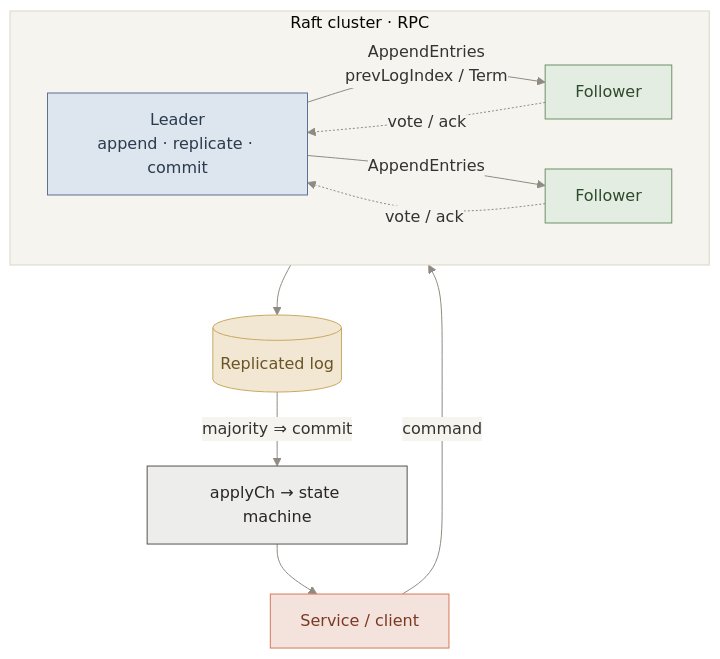
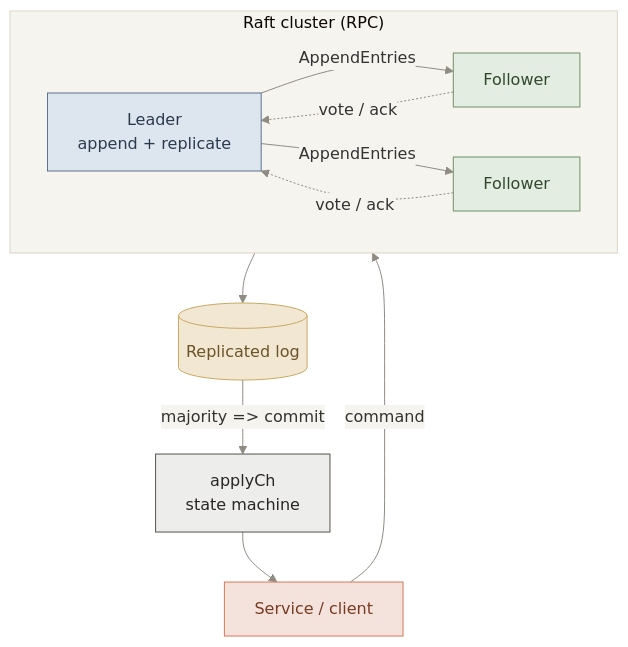
One commit to ErwinZhou/CMU-15640-25Fall changed the third of 6 diagrams in README.md. Above: the diagram before and after it, drawn with Mermaid. The commit also changed other lines of this file, not shown here.

First line of the commit message:
Refine architecture diagrams: fix label clipping and layouts

````diff
--- a/README.md
+++ b/README.md
@@ -132,29 +129,29 @@
 ```mermaid
-%%{init: {"theme":"base","themeVariables":{"clusterBkg":"#f6f4ee","clusterBorder":"#dcd6c8","lineColor":"#8f8b82","edgeLabelBackground":"#f6f4ee","fontFamily":"ui-sans-serif, system-ui, sans-serif"}}}%%
+%%{init: {"theme":"base","themeVariables":{"clusterBkg":"#f6f4ee","clusterBorder":"#dcd6c8","lineColor":"#8f8b82","edgeLabelBackground":"#f6f4ee"}}}%%
 flowchart TB
     CLI["Service / client"]
-    subgraph CLUSTER["Raft cluster · RPC"]
+    subgraph CLUSTER["Raft cluster (RPC)"]
         direction LR
-        L["Leader<br/>append · replicate · commit"]
+        L["Leader<br/>append + replicate"]
         F1["Follower"]
         F2["Follower"]
-        L -->|"AppendEntries<br/>prevLogIndex / Term"| F1
+        L -->|"AppendEntries"| F1
         L -->|"AppendEntries"| F2
         F1 -.->|"vote / ack"| L
         F2 -.->|"vote / ack"| L
     end
-    CLI -->|command| L
+    CLI -->|"command"| L
     L --> LOG[("Replicated log")]
-    LOG -->|"majority ⇒ commit"| AP["applyCh → state machine"]
+    LOG -->|"majority => commit"| AP["applyCh<br/>state machine"]
     AP --> CLI
     class CLI client
     class L control
     class F1,F2 data
     class LOG store
     class AP ink
     classDef client fill:#f4e3dc,stroke:#d97757,color:#7a3a22;
     classDef control fill:#dde5ee,stroke:#5b7290,color:#2b3a4d;
     classDef data fill:#e3ede1,stroke:#6f9068,color:#2f4a2c;
     classDef store fill:#f1e7d3,stroke:#c9a961,color:#6b5426;
     classDef ink fill:#ededec,stroke:#57534e,color:#292524;
 ```
````
